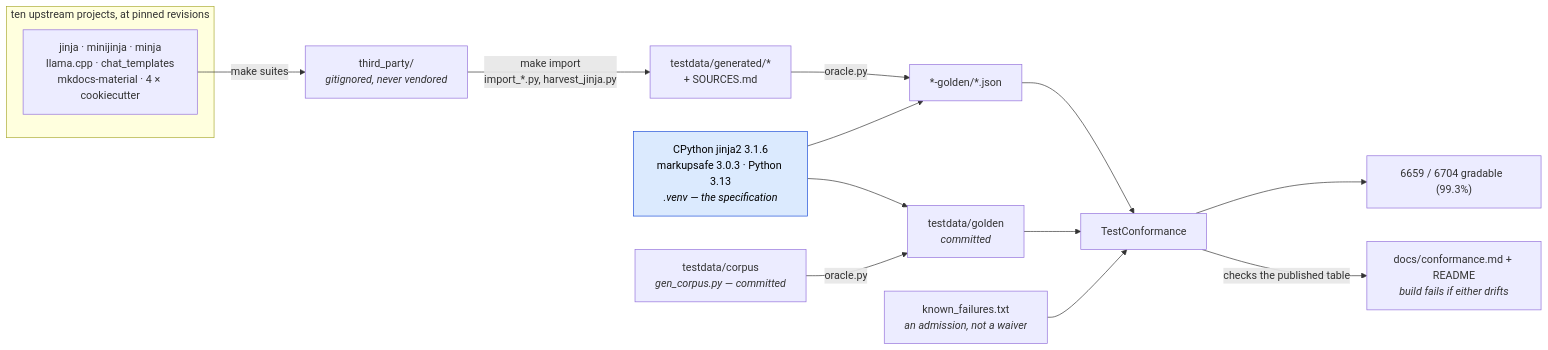
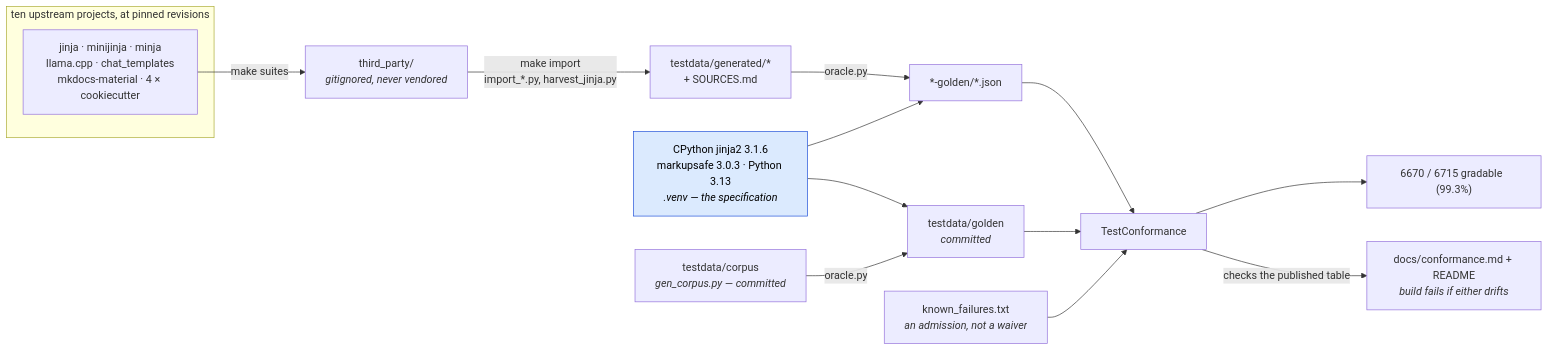
One commit to mgilbir/gojja2 changed the first of 2 diagrams in docs/conformance.md. Above: the diagram before and after it, drawn with Mermaid. The commit also changed other lines of this file and 37 other files, not shown here.

````diff
--- a/docs/conformance.md
+++ b/docs/conformance.md
@@ -17,24 +17,24 @@
 ```mermaid
 flowchart LR
     subgraph up["ten upstream projects, at pinned revisions"]
         U1["jinja · minijinja · minja<br/>llama.cpp · chat_templates<br/>mkdocs-material · 4 × cookiecutter"]
     end
     U1 -->|"make suites"| TP["third_party/<br/><i>gitignored, never vendored</i>"]
     TP -->|"make import<br/>import_*.py, harvest_jinja.py"| GEN["testdata/generated/*<br/>+ SOURCES.md"]
 
     ORA["CPython jinja2 3.1.6<br/>markupsafe 3.0.3 · Python 3.13<br/><i>.venv — the specification</i>"]
     GEN -->|"oracle.py"| G2["*-golden/*.json"]
     ORA --> G2
 
     OWN["testdata/corpus<br/><i>gen_corpus.py — committed</i>"] -->|"oracle.py"| G1["testdata/golden<br/><i>committed</i>"]
     ORA --> G1
 
     G1 --> TC["TestConformance"]
     G2 --> TC
     KF["known_failures.txt<br/><i>an admission, not a waiver</i>"] --> TC
-    TC --> RATE["6659 / 6704 gradable  (99.3%)"]
+    TC --> RATE["6670 / 6715 gradable  (99.3%)"]
     TC -->|"checks the published table"| RM["docs/conformance.md + README<br/><i>build fails if either drifts</i>"]
 
     classDef spec fill:#dbeafe,stroke:#1d4ed8,color:#000
     class ORA spec
 ```
````
